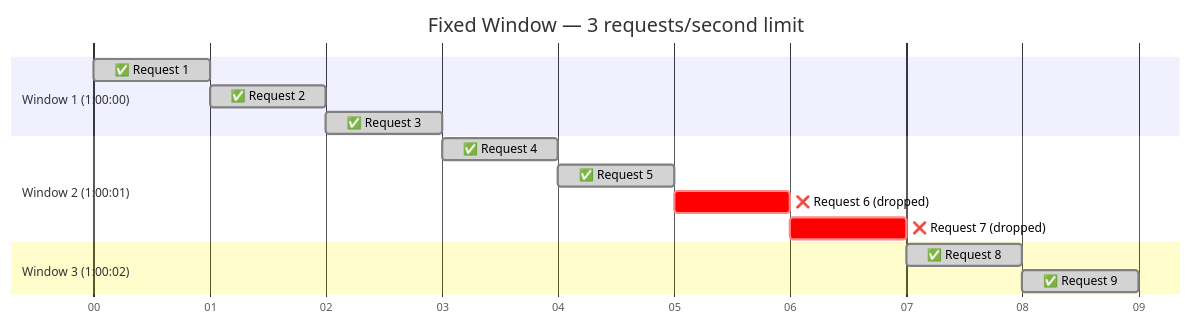
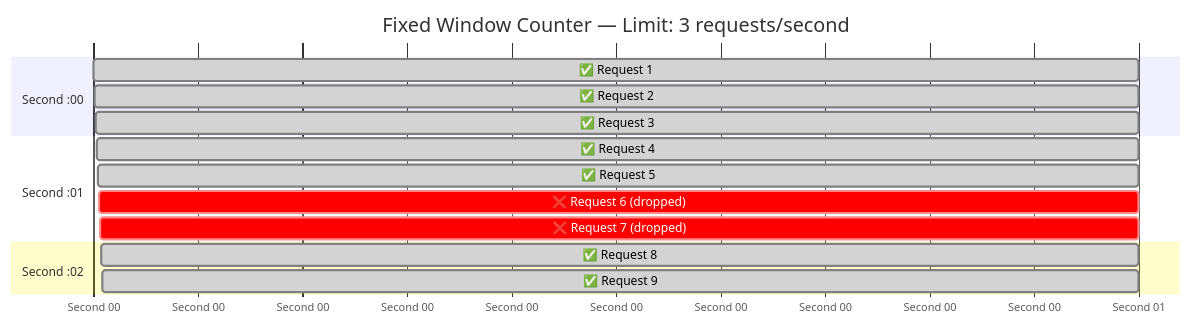
Before and after one commit to devops-monk/system-design-blog: the tenth of 26 diagrams in content/posts/2026/design-a-rate-limiter.md, drawn with Mermaid. The commit also changed other lines of this file, not shown here.

````diff
--- a/content/posts/2026/design-a-rate-limiter.md
+++ b/content/posts/2026/design-a-rate-limiter.md
@@ -207,21 +315,21 @@
 ```mermaid
 gantt
-    title Fixed Window — 3 requests/second limit
-    dateFormat  ss
-    axisFormat  %S
+    title Fixed Window Counter — Limit: 3 requests/second
+    dateFormat  X
+    axisFormat  Second %S
 
-    section Window 1 (1:00:00)
-    ✅ Request 1 :done, 00, 1s
-    ✅ Request 2 :done, 01, 1s
-    ✅ Request 3 :done, 02, 1s
+    section Second :00
+    ✅ Request 1  : done, 0, 1
+    ✅ Request 2  : done, 1, 1
+    ✅ Request 3  : done, 2, 1
 
-    section Window 2 (1:00:01)
-    ✅ Request 4 :done, 03, 1s
-    ✅ Request 5 :done, 04, 1s
-    ❌ Request 6 (dropped) :crit, 05, 1s
-    ❌ Request 7 (dropped) :crit, 06, 1s
+    section Second :01
+    ✅ Request 4  : done, 3, 1
+    ✅ Request 5  : done, 4, 1
+    ❌ Request 6 (dropped)  : crit, 5, 1
+    ❌ Request 7 (dropped)  : crit, 6, 1
 
-    section Window 3 (1:00:02)
-    ✅ Request 8 :done, 07, 1s
-    ✅ Request 9 :done, 08, 1s
+    section Second :02
+    ✅ Request 8  : done, 7, 1
+    ✅ Request 9  : done, 8, 1
 ```
````
